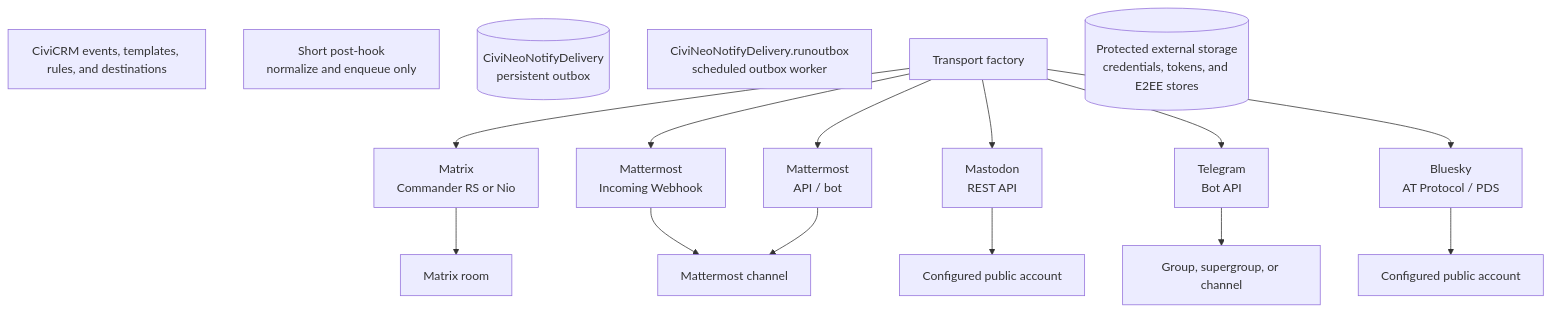
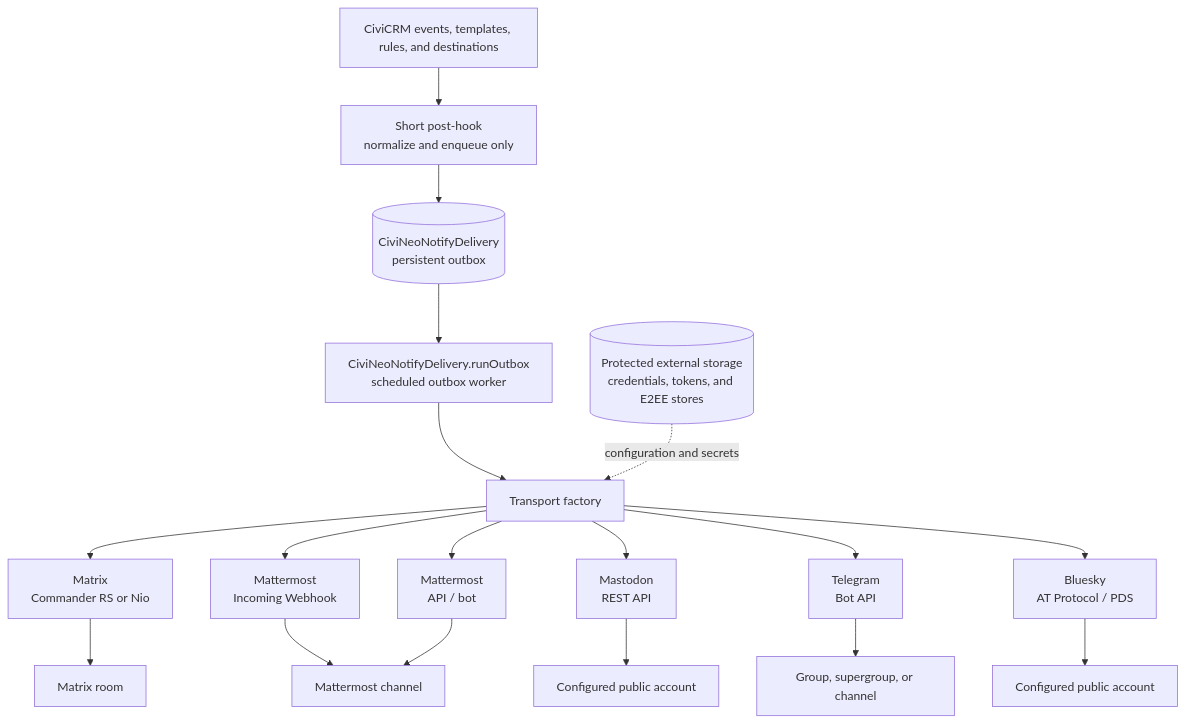
One commit to polbeo-de/civineonotify changed the diagram in docs/architecture.md. Above: the diagram before and after it, drawn with Mermaid. The commit also changed other lines of this file and 7 other files, not shown here.

````diff
--- a/docs/architecture.md
+++ b/docs/architecture.md
@@ -9,23 +9,26 @@
 ```mermaid
 flowchart TB
   Civi[CiviCRM events, templates, rules, and destinations]
   Hook[Short post-hook<br/>normalize and enqueue only]
   Outbox[(CiviNeoNotifyDelivery<br/>persistent outbox)]
-  Job[CiviNeoNotifyDelivery.runoutbox<br/>scheduled outbox worker]
+  Job[CiviNeoNotifyDelivery.runOutbox<br/>scheduled outbox worker]
   Factory[Transport factory]
   Store[(Protected external storage<br/>credentials, tokens, and E2EE stores)]
+
+  Civi --> Hook --> Outbox --> Job --> Factory
+  Store -. configuration and secrets .-> Factory
 
   Factory --> Matrix[Matrix<br/>Commander RS or Nio]
   Factory --> MMWebhook[Mattermost<br/>Incoming Webhook]
   Factory --> MMApi[Mattermost<br/>API / bot]
   Factory --> Mastodon[Mastodon<br/>REST API]
   Factory --> Telegram[Telegram<br/>Bot API]
   Factory --> Bluesky[Bluesky<br/>AT Protocol / PDS]
 
   Matrix --> MatrixTarget[Matrix room]
   MMWebhook --> MMTarget[Mattermost channel]
   MMApi --> MMTarget
   Mastodon --> MastodonTarget[Configured public account]
   Telegram --> TelegramTarget[Group, supergroup, or channel]
   Bluesky --> BlueskyTarget[Configured public account]
 ```
````
